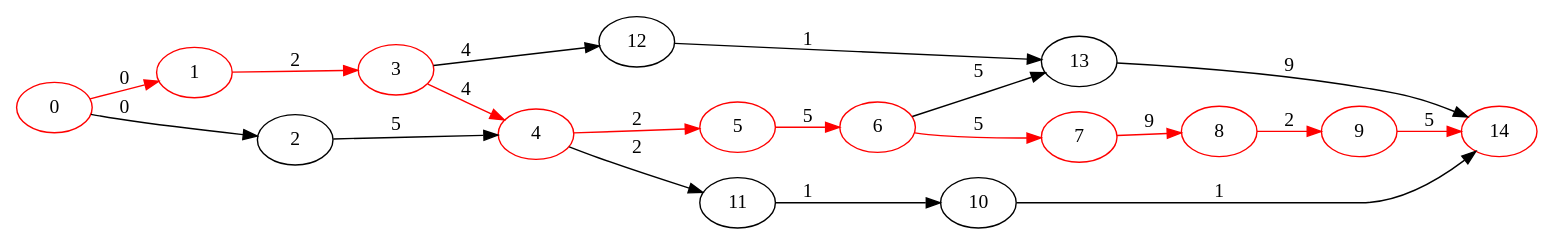
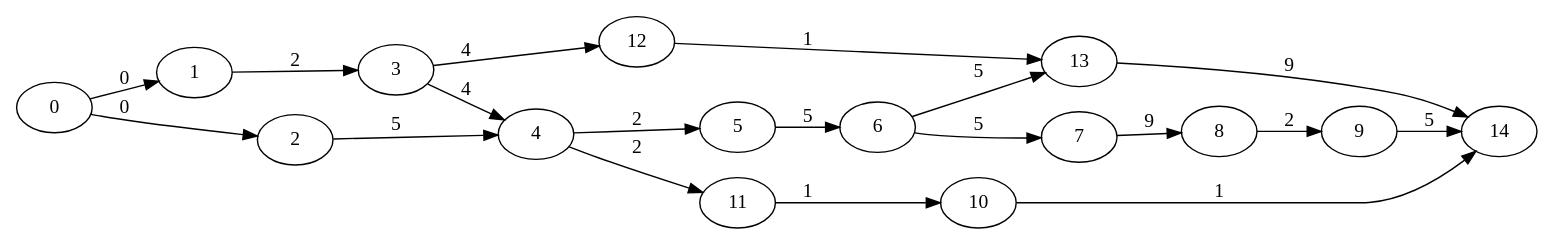
One commit to avivi55/graphs changed the diagram in out/5.gv. Above: the diagram before and after it, drawn with Graphviz. The commit also changed 59 other files, not shown here.

```diff
--- a/out/5.gv
+++ b/out/5.gv
@@ -1,30 +1,20 @@
 digraph { rankdir=LR
-    "1" [color="red" label="1"]
-    "3" [color="red" label="3"]
-    "4" [color="red" label="4"]
-    "5" [color="red" label="5"]
-    "6" [color="red" label="6"]
-    "7" [color="red" label="7"]
-    "8" [color="red" label="8"]
-    "9" [color="red" label="9"]
-    "0" [color="red" label="0"]
-    "14" [color="red" label="14"]
-    "1" -> "3" [label="2" color="red" ]
+    "1" -> "3" [label="2" ]
     "2" -> "4" [label="5" ]
-    "3" -> "4" [label="4" color="red" ]
+    "3" -> "4" [label="4" ]
     "3" -> "12" [label="4" ]
-    "4" -> "5" [label="2" color="red" ]
+    "4" -> "5" [label="2" ]
     "4" -> "11" [label="2" ]
-    "5" -> "6" [label="5" color="red" ]
-    "6" -> "7" [label="5" color="red" ]
+    "5" -> "6" [label="5" ]
+    "6" -> "7" [label="5" ]
     "6" -> "13" [label="5" ]
-    "7" -> "8" [label="9" color="red" ]
-    "8" -> "9" [label="2" color="red" ]
-    "9" -> "14" [label="5" color="red" ]
+    "7" -> "8" [label="9" ]
+    "8" -> "9" [label="2" ]
+    "9" -> "14" [label="5" ]
     "10" -> "14" [label="1" ]
     "11" -> "10" [label="1" ]
     "12" -> "13" [label="1" ]
     "13" -> "14" [label="9" ]
-    "0" -> "1" [label="0" color="red" color="red" ]
+    "0" -> "1" [label="0" ]
     "0" -> "2" [label="0" ]
 }
```
